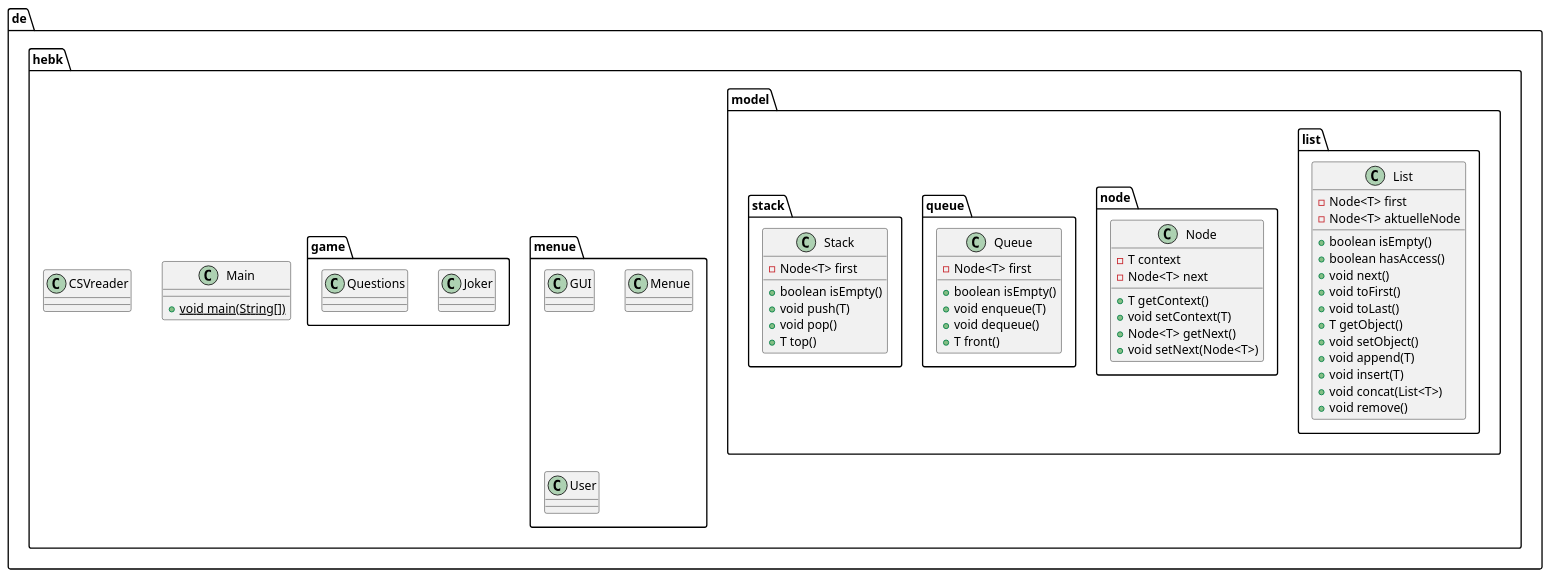
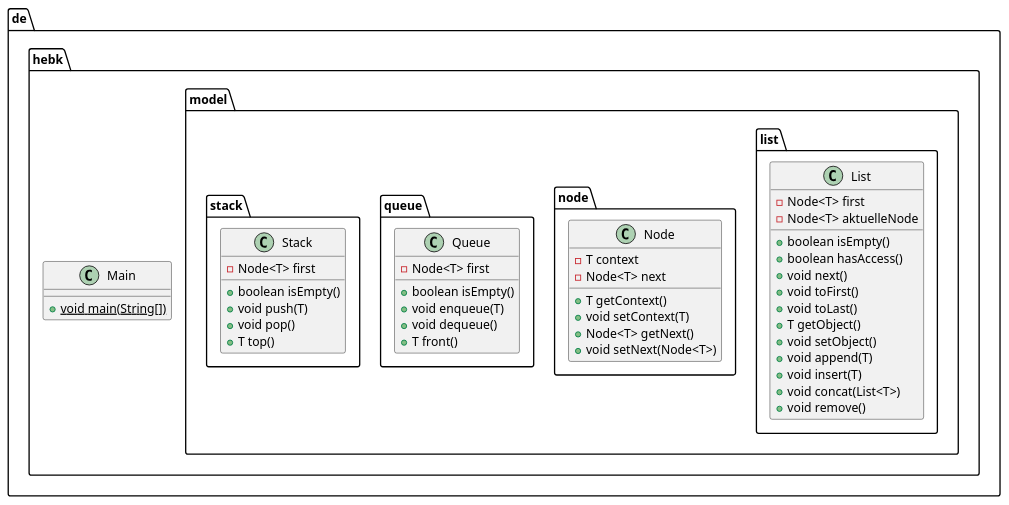
One commit to HEBK-BGM/dynamische-Datenstrukturen-Team-3 changed the diagram in doku/lastenheft/Diagramme/Klassendiagramm.puml. Above: the diagram before and after it, drawn with PlantUML. The commit also changed 1 other file, not shown here.

```diff
--- a/doku/lastenheft/Diagramme/Klassendiagramm.puml
+++ b/doku/lastenheft/Diagramme/Klassendiagramm.puml
@@ -1,96 +1,70 @@
 @startuml
 'https://plantuml.com/class-diagram
 /'
 abstract class AbstractList
 abstract AbstractCollection
 interface List
 interface Collection
 
 List <|-- AbstractList
 Collection <|-- AbstractCollection
 
 Collection <|- List
 AbstractCollection <|- AbstractList
 AbstractList <|-- ArrayList
 
 class ArrayList {
 Object[] elementData
 size()
 }
 
 enum TimeUnit {
 DAYS
 HOURS
 MINUTES
 }
 '/
 
 class de.hebk.model.list.List {
 - Node<T> first
 - Node<T> aktuelleNode
 + boolean isEmpty()
 + boolean hasAccess()
 + void next()
 + void toFirst()
 + void toLast()
 + T getObject()
 + void setObject()
 + void append(T)
 + void insert(T)
 + void concat(List<T>)
 + void remove()
 }
 
 class de.hebk.model.node.Node {
 - T context
 - Node<T> next
 + T getContext()
 + void setContext(T)
 + Node<T> getNext()
 + void setNext(Node<T>)
 }
 
 class de.hebk.model.queue.Queue {
 - Node<T> first
 + boolean isEmpty()
 + void enqueue(T)
 + void dequeue()
 + T front()
 }
 class de.hebk.model.stack.Stack {
 - Node<T> first
 + boolean isEmpty()
 + void push(T)
 + void pop()
 + T top()
 }
 class de.hebk.Main {
 + {static} void main(String[])
 }
-
-class de.hebk.menue.GUI {
-
-}
-
-class de.hebk.menue.Menue {
-
-}
-
-class de.hebk.game.Joker{
-
-}
-
-class de.hebk.menue.User{
-
-}
-'speichern von bestenliste
-
-class de.hebk.game.Questions{
-
-}
-
-class de.hebk.CSVreader{
-
-}
-
 @enduml
```
